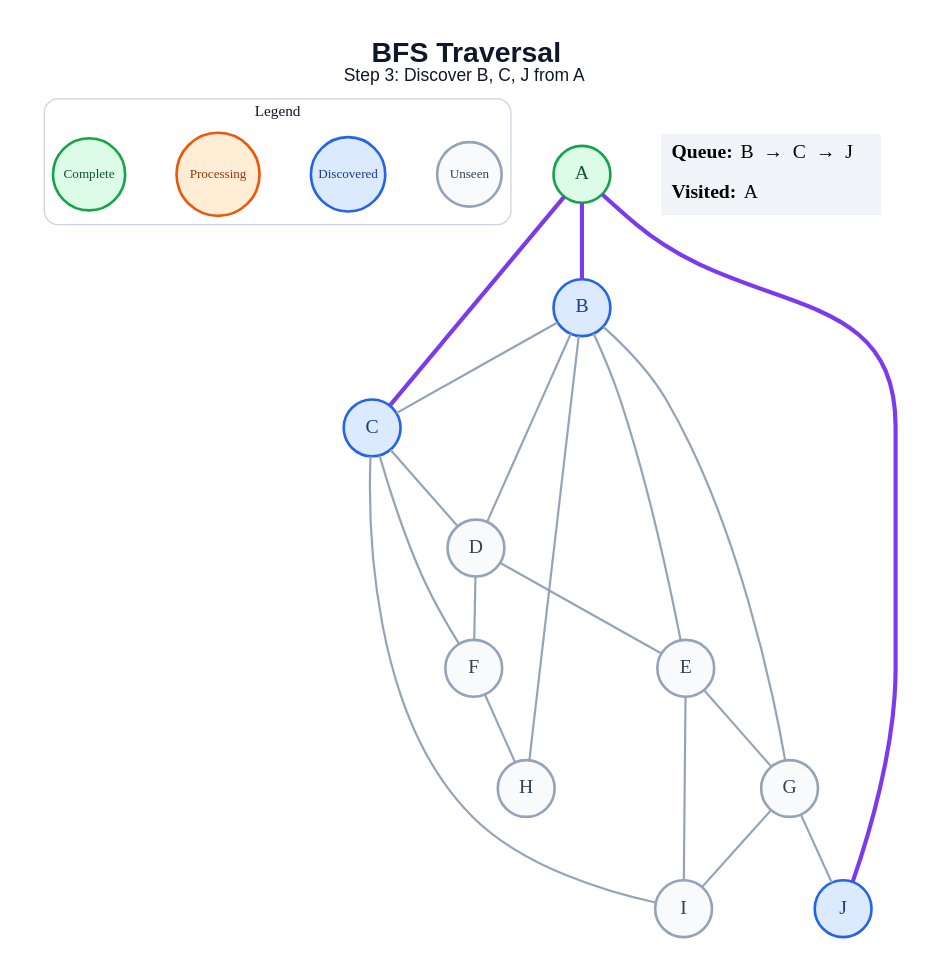
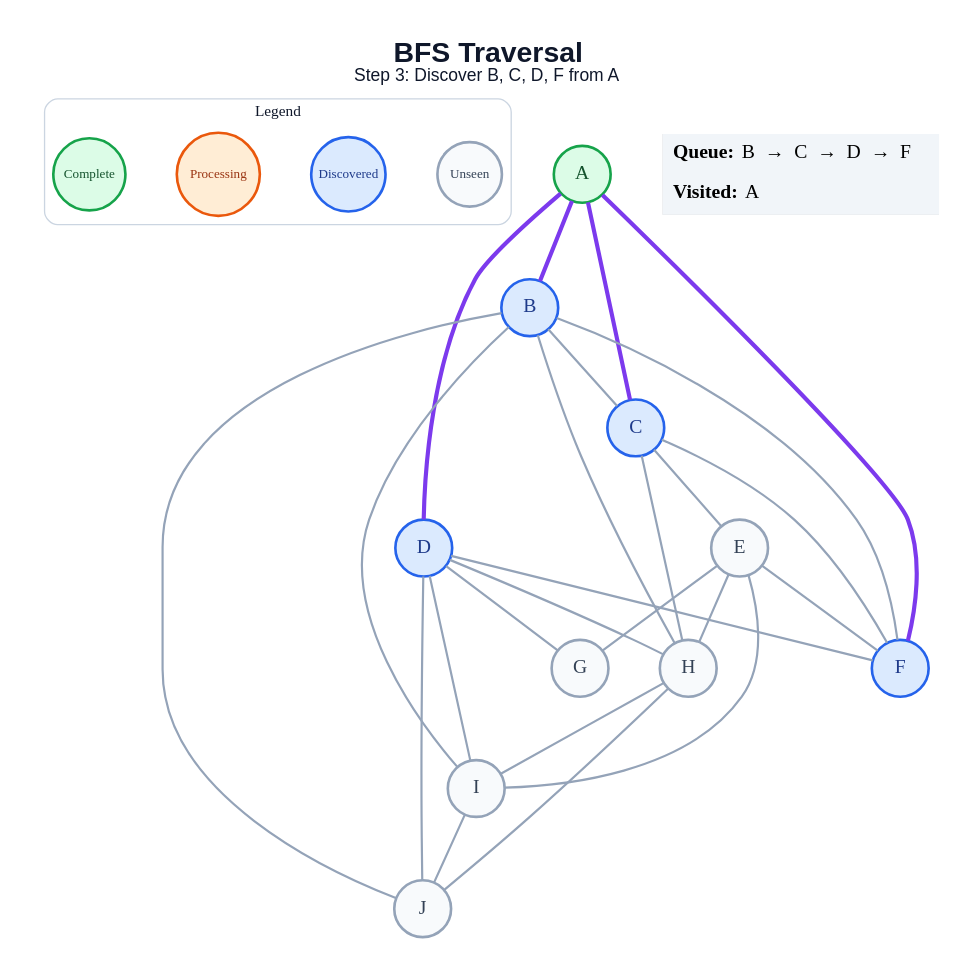
One commit to amanghodawala9/ai-slop changed the diagram in generated/bfs/step_03.dot. Above: the diagram before and after it, drawn with Graphviz. The commit also changed 178 other files, not shown here.

```diff
--- a/generated/bfs/step_03.dot
+++ b/generated/bfs/step_03.dot
@@ -1,47 +1,53 @@
 graph traversal {
   graph [layout=dot, rankdir=TB, bgcolor="#FFFFFF", pad="0.35", nodesep="0.65", ranksep="0.8", fontname="Arial"];
   node [shape=circle, style="filled", fontname="Arial Bold", fontsize=18, width=0.72, fixedsize=true, penwidth=2.4];
   edge [color="#94A3B8", penwidth=2.0];
-  label=<<B>BFS Traversal</B><BR/><FONT POINT-SIZE="16">Step 3: Discover B, C, J from A</FONT>>; labelloc="t"; fontsize=26; fontname="Arial"; fontcolor="#0F172A";
+  label=<<B>BFS Traversal</B><BR/><FONT POINT-SIZE="16">Step 3: Discover B, C, D, F from A</FONT>>; labelloc="t"; fontsize=26; fontname="Arial"; fontcolor="#0F172A";
   subgraph cluster_legend { label="Legend"; color="#CBD5E1"; penwidth=1.2; style="rounded"; fontsize=14; fontname="Arial Bold";
     key_unseen [label="Unseen", fillcolor="#F8FAFC", color="#94A3B8", fontcolor="#334155", fontsize=12, width=0.82];
     key_frontier [label="Discovered", fillcolor="#DBEAFE", color="#2563EB", fontcolor="#1E3A8A", fontsize=12, width=0.95];
     key_current [label="Processing", fillcolor="#FFEDD5", color="#EA580C", fontcolor="#9A3412", fontsize=12, width=1.05];
     key_done [label="Complete", fillcolor="#DCFCE7", color="#16A34A", fontcolor="#14532D", fontsize=12, width=0.92];
     { rank=same; key_unseen; key_frontier; key_current; key_done; }
   }
   A [fillcolor="#DCFCE7", color="#16A34A", fontcolor="#14532D"];
   B [fillcolor="#DBEAFE", color="#2563EB", fontcolor="#1E3A8A"];
   C [fillcolor="#DBEAFE", color="#2563EB", fontcolor="#1E3A8A"];
-  D [fillcolor="#F8FAFC", color="#94A3B8", fontcolor="#334155"];
+  D [fillcolor="#DBEAFE", color="#2563EB", fontcolor="#1E3A8A"];
   E [fillcolor="#F8FAFC", color="#94A3B8", fontcolor="#334155"];
-  F [fillcolor="#F8FAFC", color="#94A3B8", fontcolor="#334155"];
+  F [fillcolor="#DBEAFE", color="#2563EB", fontcolor="#1E3A8A"];
   G [fillcolor="#F8FAFC", color="#94A3B8", fontcolor="#334155"];
   H [fillcolor="#F8FAFC", color="#94A3B8", fontcolor="#334155"];
   I [fillcolor="#F8FAFC", color="#94A3B8", fontcolor="#334155"];
-  J [fillcolor="#DBEAFE", color="#2563EB", fontcolor="#1E3A8A"];
+  J [fillcolor="#F8FAFC", color="#94A3B8", fontcolor="#334155"];
   A -- B [color="#7C3AED", penwidth=3.8];
   A -- C [color="#7C3AED", penwidth=3.8];
-  A -- J [color="#7C3AED", penwidth=3.8];
+  A -- D [color="#7C3AED", penwidth=3.8];
+  A -- F [color="#7C3AED", penwidth=3.8];
   B -- C;
-  B -- D;
-  B -- E;
-  B -- G;
+  B -- F;
   B -- H;
-  C -- D;
+  B -- I;
+  B -- J;
+  C -- E;
   C -- F;
-  C -- I;
-  D -- E;
+  C -- H;
   D -- F;
+  D -- G;
+  D -- H;
+  D -- I;
+  D -- J;
+  E -- F;
   E -- G;
+  E -- H;
   E -- I;
-  F -- H;
-  G -- I;
-  G -- J;
+  H -- I;
+  H -- J;
+  I -- J;
   status [shape=plain, fixedsize=false, width=0, height=0, margin=0, label=<
     <TABLE BORDER="0" CELLBORDER="0" CELLPADDING="7" BGCOLOR="#F1F5F9">
-      <TR><TD ALIGN="LEFT"><B>Queue:</B> B  →  C  →  J</TD></TR>
+      <TR><TD ALIGN="LEFT"><B>Queue:</B> B  →  C  →  D  →  F</TD></TR>
       <TR><TD ALIGN="LEFT"><B>Visited:</B> A</TD></TR>
     </TABLE>
   >];
 }
```
